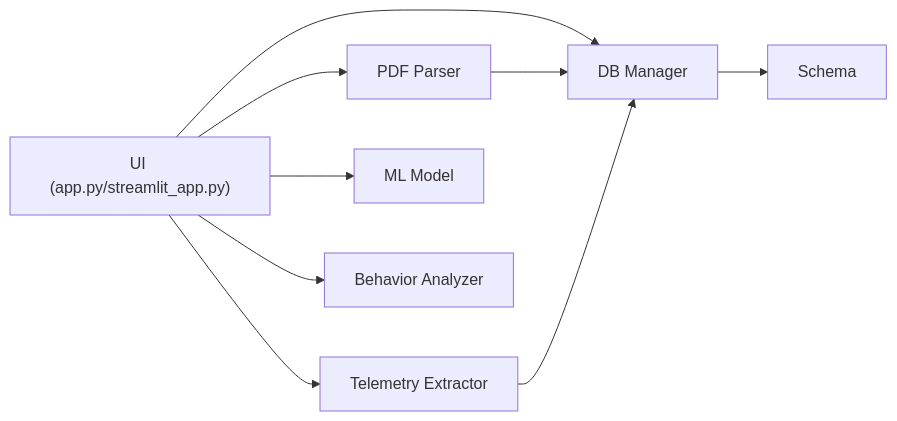
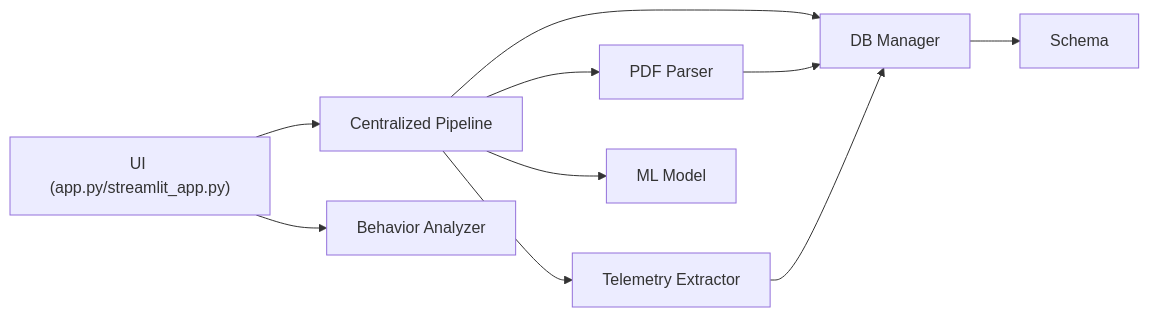
Before and after one commit to AgusCatra/Proyecto-titan.v2: the seventh of 7 diagrams in .qoder/repowiki/en/content/Desktop Application/Core Workflows and Operations/PDF Processing Workflow.md, drawn with Mermaid. The commit also changed other lines of this file and 36 other files, not shown here.

````diff
--- a/.qoder/repowiki/en/content/Desktop Application/Core Workflows and Operations/PDF Processing Workflow.md
+++ b/.qoder/repowiki/en/content/Desktop Application/Core Workflows and Operations/PDF Processing Workflow.md
@@ -305,11 +349,12 @@
 ```mermaid
 graph LR
-UI["UI (app.py/streamlit_app.py)"] --> Parser["PDF Parser"]
-UI --> Telemetry["Telemetry Extractor"]
-UI --> DB["DB Manager"]
-UI --> ML["ML Model"]
+UI["UI (app.py/streamlit_app.py)"] --> Pipeline["Centralized Pipeline"]
+Pipeline --> Parser["PDF Parser"]
+Pipeline --> Telemetry["Telemetry Extractor"]
+Pipeline --> DB["DB Manager"]
+Pipeline --> ML["ML Model"]
 Parser --> DB
 Telemetry --> DB
 DB --> Schema["Schema"]
 UI --> Behavior["Behavior Analyzer"]
 ```
````
